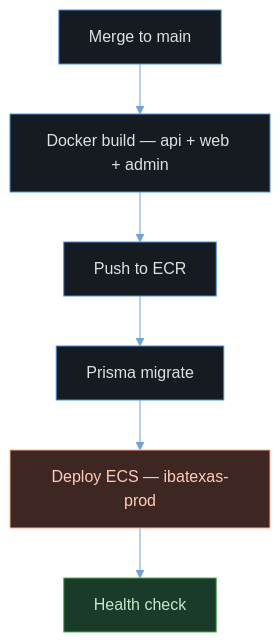
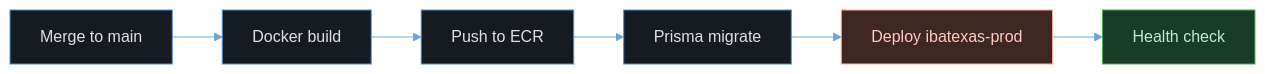
The seventh of 7 diagrams in docs/architecture/README.md (BrunoRodolpho/ibatexas), drawn with Mermaid before and after one commit. The commit also changed other lines of this file, not shown here.

Commit message:
docs(arch): change deploy pipeline diagrams to horizontal (LR)

````diff
--- a/docs/architecture/README.md
+++ b/docs/architecture/README.md
@@ -307,12 +303,8 @@
 ```mermaid
 %%{init: {'theme': 'base', 'themeVariables': {'primaryColor': '#1e3a5f', 'primaryTextColor': '#e0e0e0', 'primaryBorderColor': '#4a90d9', 'lineColor': '#6ba3d6', 'background': '#0d1117', 'mainBkg': '#161b22', 'clusterBkg': '#161b22', 'clusterBorder': '#30363d'}}}%%
-flowchart TD
-  P0[Merge to main] --> P1[Docker build — api + web + admin]
-  P1 --> P2[Push to ECR]
-  P2 --> P3[Prisma migrate]
-  P3 --> P4["Deploy ECS — ibatexas-prod"]
-  P4 --> P5[Health check]
+flowchart LR
+  P0[Merge to main] --> P1[Docker build] --> P2[Push to ECR] --> P3[Prisma migrate] --> P4["Deploy ibatexas-prod"] --> P5[Health check]
 
   style P4 fill:#3e2723,stroke:#ffab91,color:#ffccbc
   style P5 fill:#1a3a2a,stroke:#4caf50,color:#c8e6c9
 ```
````
